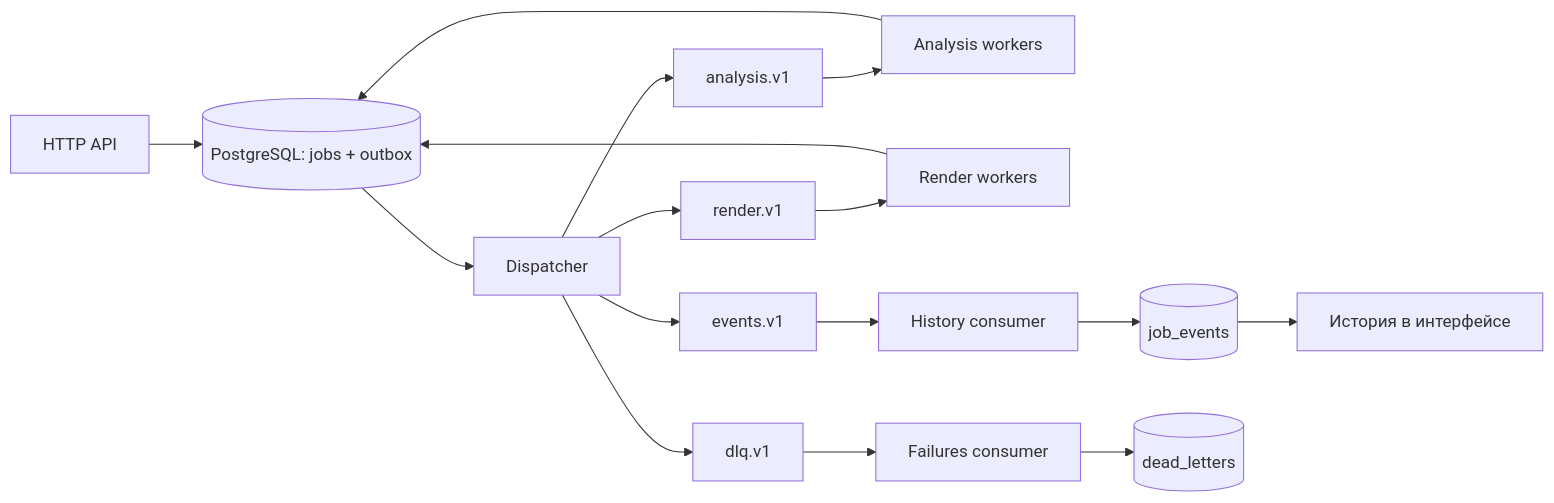
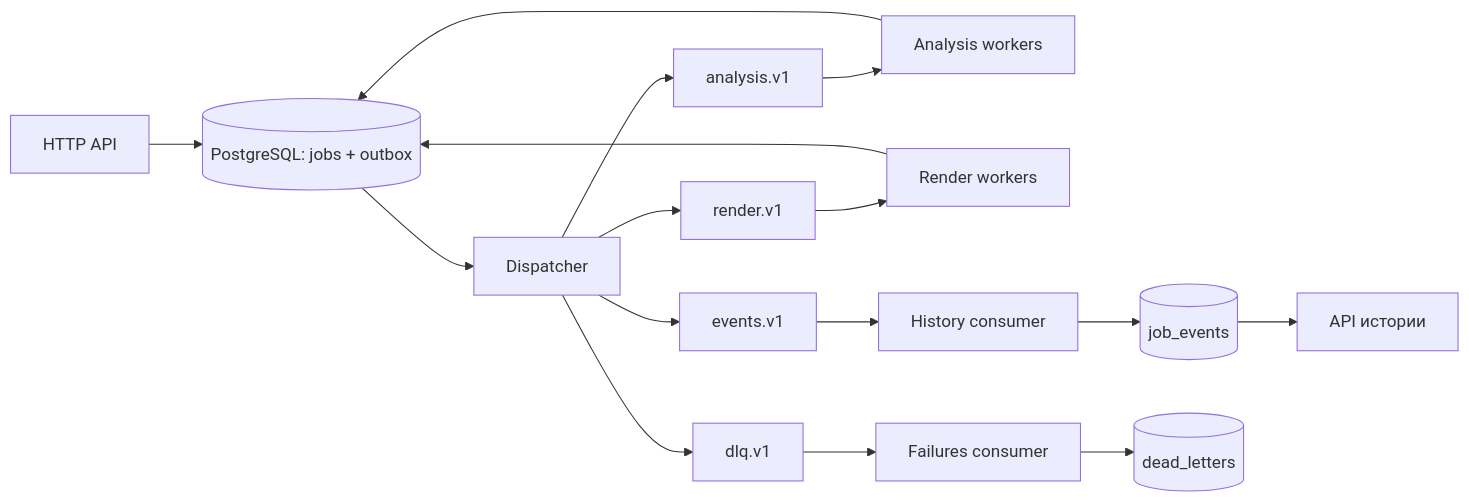
The diagram in docs/kafka.md (CyberLoord/clipforge), drawn with Mermaid before and after one commit. The commit also changed other lines of this file and 11 other files, not shown here.

````diff
--- a/docs/kafka.md
+++ b/docs/kafka.md
@@ -22,18 +22,18 @@
 ```mermaid
 flowchart LR
   API[HTTP API] --> DB[(PostgreSQL: jobs + outbox)]
   DB --> Relay[Dispatcher]
   Relay --> A[analysis.v1]
   Relay --> R[render.v1]
   Relay --> E[events.v1]
   Relay --> D[dlq.v1]
   A --> AW[Analysis workers]
   R --> RW[Render workers]
   AW --> DB
   RW --> DB
   E --> H[History consumer]
   D --> F[Failures consumer]
   H --> P[(job_events)]
   F --> Q[(dead_letters)]
-  P --> UI[История в интерфейсе]
+  P --> HistoryAPI[API истории]
 ```
````
